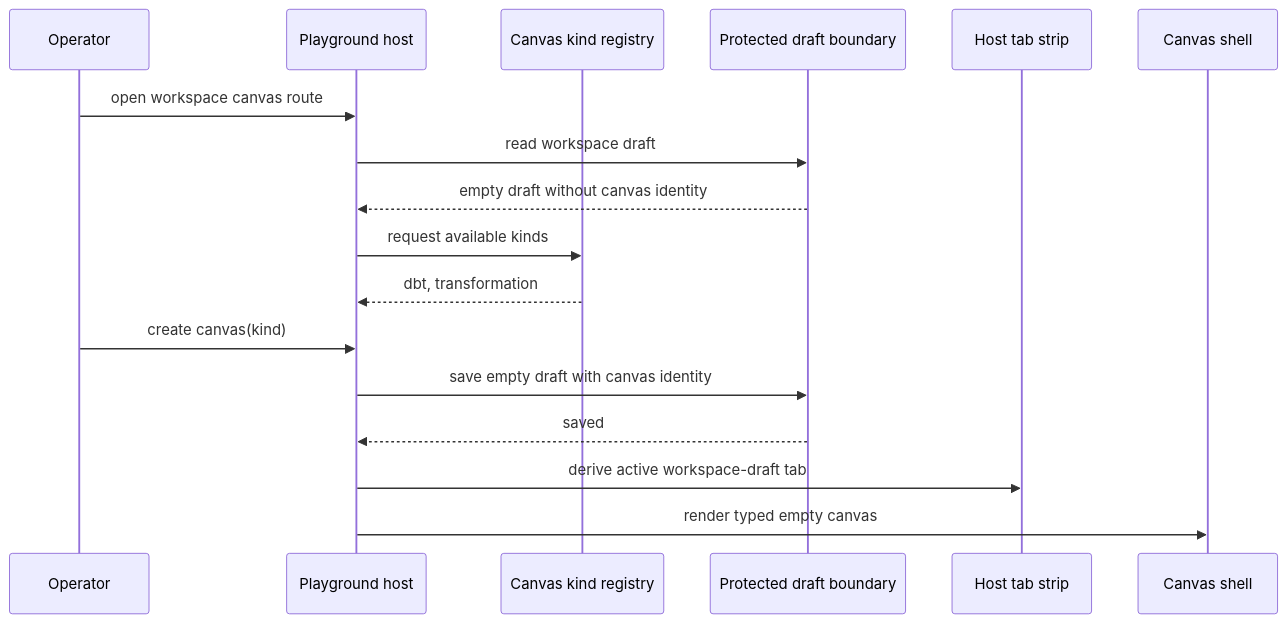
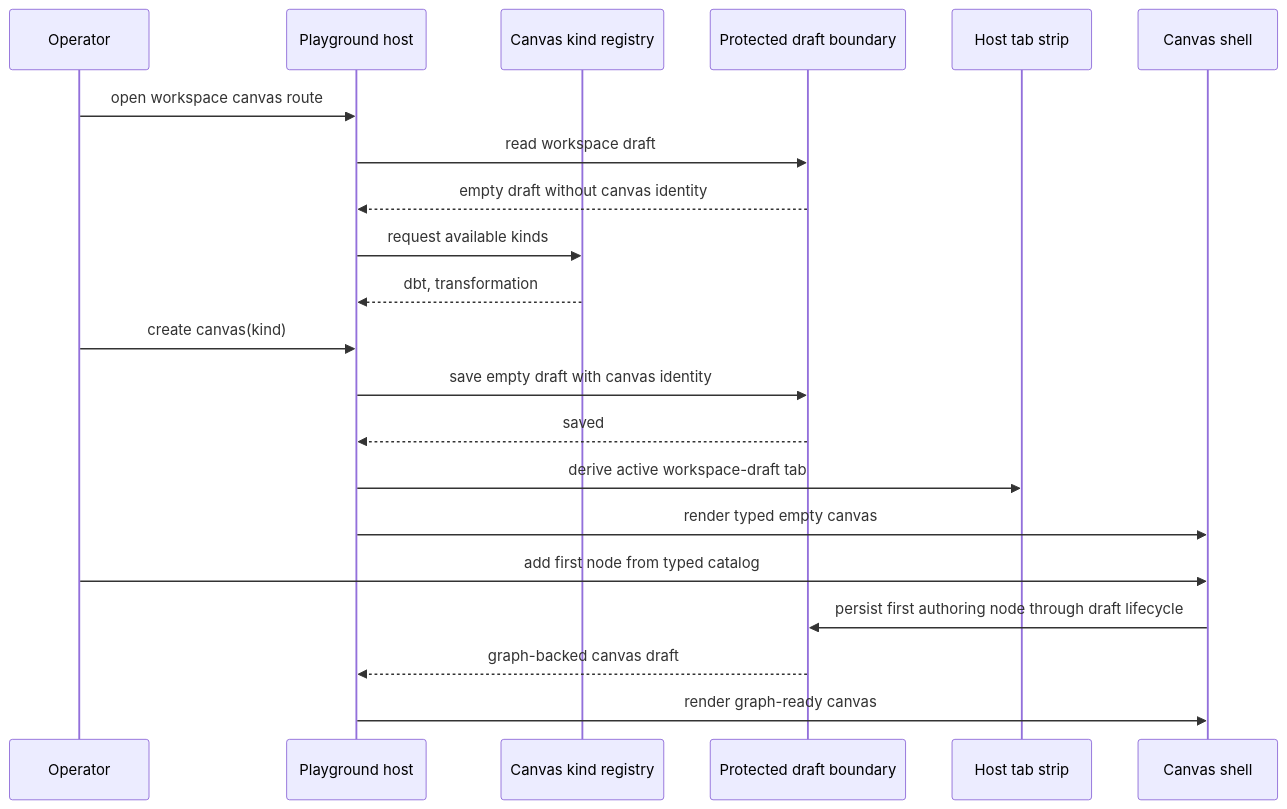
One commit to dunay2/dvt changed the third of 3 diagrams in docs/architecture/components/web/graph/canvas-playground-host-component.md. Above: the diagram before and after it, drawn with Mermaid. The commit also changed other lines of this file and 5 other files, not shown here.

````diff
--- a/docs/architecture/components/web/graph/canvas-playground-host-component.md
+++ b/docs/architecture/components/web/graph/canvas-playground-host-component.md
@@ -134,20 +137,24 @@
 ```mermaid
 sequenceDiagram
   participant User as Operator
   participant Host as Playground host
   participant Registry as Canvas kind registry
   participant Draft as Protected draft boundary
   participant Tabs as Host tab strip
   participant Shell as Canvas shell
 
   User->>Host: open workspace canvas route
   Host->>Draft: read workspace draft
   Draft-->>Host: empty draft without canvas identity
   Host->>Registry: request available kinds
   Registry-->>Host: dbt, transformation
   User->>Host: create canvas(kind)
   Host->>Draft: save empty draft with canvas identity
   Draft-->>Host: saved
   Host->>Tabs: derive active workspace-draft tab
   Host->>Shell: render typed empty canvas
+  User->>Shell: add first node from typed catalog
+  Shell->>Draft: persist first authoring node through draft lifecycle
+  Draft-->>Host: graph-backed canvas draft
+  Host->>Shell: render graph-ready canvas
 ```
````
